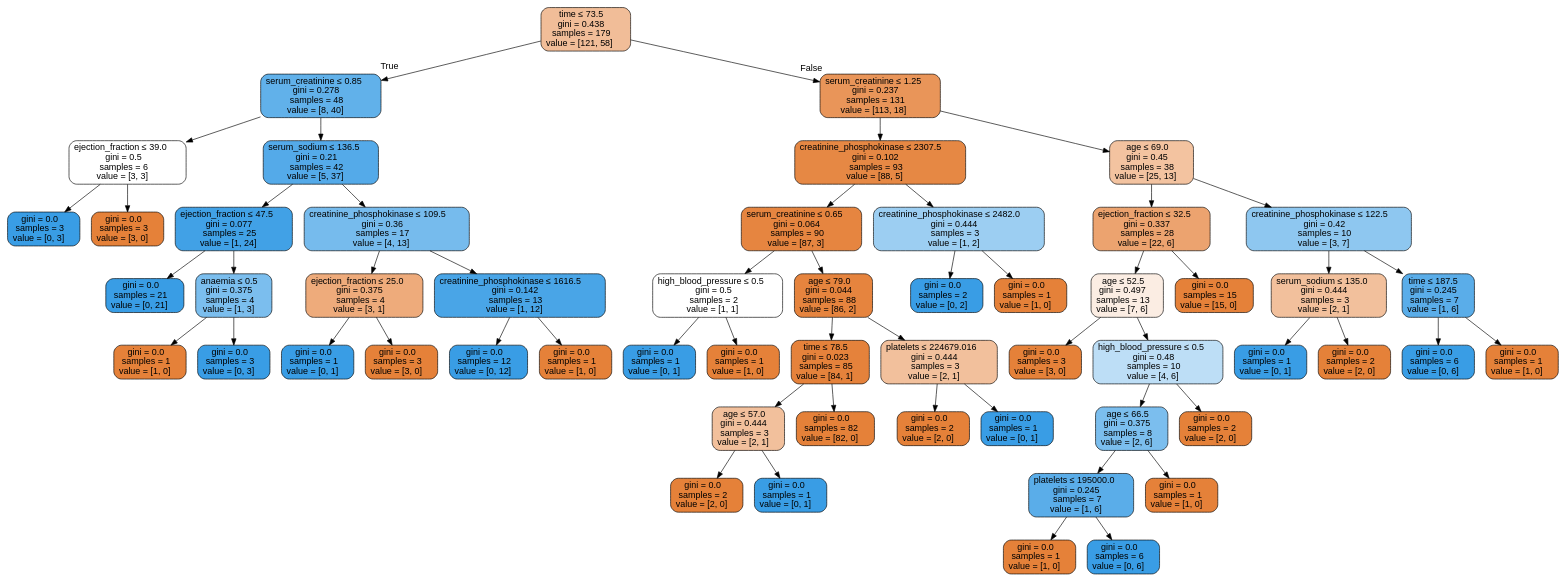
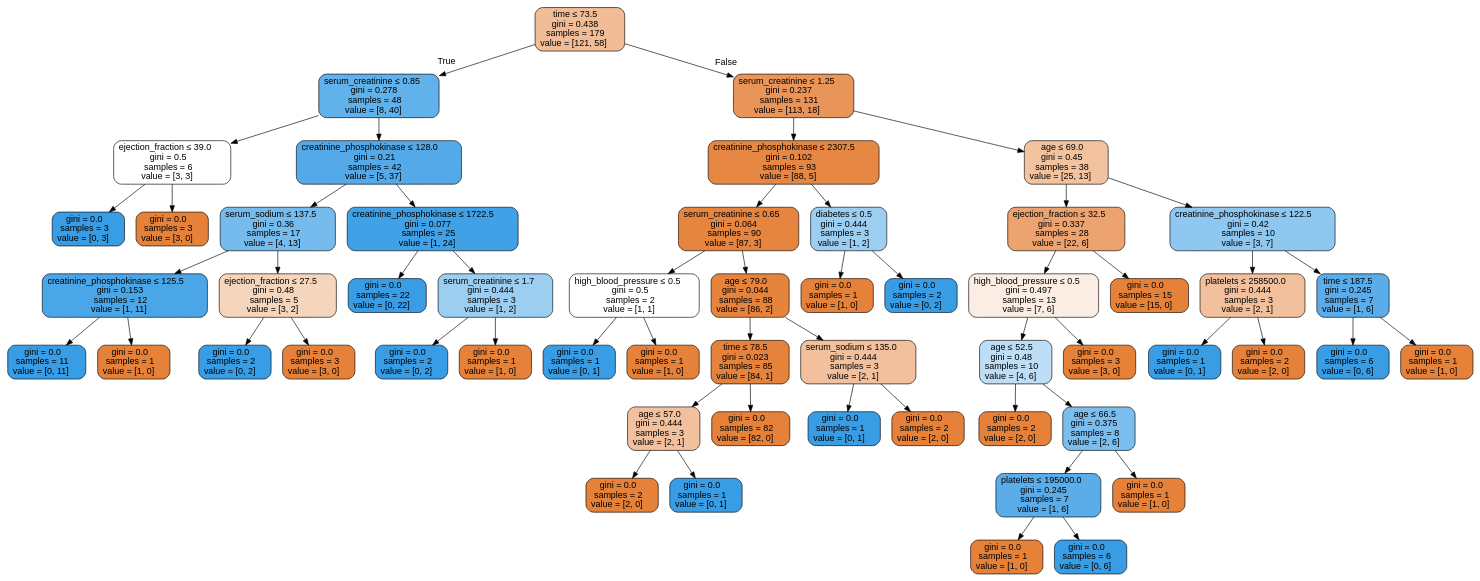
The diagram in breast_cancer.dot (SaiRamishetty-23/PDS_assignment2), drawn with Graphviz before and after one commit. The commit also changed 3 other files, not shown here.

```diff
--- a/breast_cancer.dot
+++ b/breast_cancer.dot
@@ -1,113 +1,113 @@
 digraph Tree {
 node [shape=box, style="filled, rounded", color="black", fontname=helvetica] ;
 edge [fontname=helvetica] ;
 0 [label=<time &le; 73.5<br/>gini = 0.438<br/>samples = 179<br/>value = [121, 58]>, fillcolor="#f1bd98"] ;
 1 [label=<serum_creatinine &le; 0.85<br/>gini = 0.278<br/>samples = 48<br/>value = [8, 40]>, fillcolor="#61b1ea"] ;
 0 -> 1 [labeldistance=2.5, labelangle=45, headlabel="True"] ;
 2 [label=<ejection_fraction &le; 39.0<br/>gini = 0.5<br/>samples = 6<br/>value = [3, 3]>, fillcolor="#ffffff"] ;
 1 -> 2 ;
 3 [label=<gini = 0.0<br/>samples = 3<br/>value = [0, 3]>, fillcolor="#399de5"] ;
 2 -> 3 ;
 4 [label=<gini = 0.0<br/>samples = 3<br/>value = [3, 0]>, fillcolor="#e58139"] ;
 2 -> 4 ;
-5 [label=<serum_sodium &le; 136.5<br/>gini = 0.21<br/>samples = 42<br/>value = [5, 37]>, fillcolor="#54aae9"] ;
+5 [label=<creatinine_phosphokinase &le; 128.0<br/>gini = 0.21<br/>samples = 42<br/>value = [5, 37]>, fillcolor="#54aae9"] ;
 1 -> 5 ;
-6 [label=<ejection_fraction &le; 47.5<br/>gini = 0.077<br/>samples = 25<br/>value = [1, 24]>, fillcolor="#41a1e6"] ;
+6 [label=<serum_sodium &le; 137.5<br/>gini = 0.36<br/>samples = 17<br/>value = [4, 13]>, fillcolor="#76bbed"] ;
 5 -> 6 ;
-7 [label=<gini = 0.0<br/>samples = 21<br/>value = [0, 21]>, fillcolor="#399de5"] ;
+7 [label=<creatinine_phosphokinase &le; 125.5<br/>gini = 0.153<br/>samples = 12<br/>value = [1, 11]>, fillcolor="#4ba6e7"] ;
 6 -> 7 ;
-8 [label=<anaemia &le; 0.5<br/>gini = 0.375<br/>samples = 4<br/>value = [1, 3]>, fillcolor="#7bbeee"] ;
-6 -> 8 ;
+8 [label=<gini = 0.0<br/>samples = 11<br/>value = [0, 11]>, fillcolor="#399de5"] ;
+7 -> 8 ;
 9 [label=<gini = 0.0<br/>samples = 1<br/>value = [1, 0]>, fillcolor="#e58139"] ;
-8 -> 9 ;
-10 [label=<gini = 0.0<br/>samples = 3<br/>value = [0, 3]>, fillcolor="#399de5"] ;
-8 -> 10 ;
-11 [label=<creatinine_phosphokinase &le; 109.5<br/>gini = 0.36<br/>samples = 17<br/>value = [4, 13]>, fillcolor="#76bbed"] ;
-5 -> 11 ;
-12 [label=<ejection_fraction &le; 25.0<br/>gini = 0.375<br/>samples = 4<br/>value = [3, 1]>, fillcolor="#eeab7b"] ;
-11 -> 12 ;
-13 [label=<gini = 0.0<br/>samples = 1<br/>value = [0, 1]>, fillcolor="#399de5"] ;
-12 -> 13 ;
-14 [label=<gini = 0.0<br/>samples = 3<br/>value = [3, 0]>, fillcolor="#e58139"] ;
-12 -> 14 ;
-15 [label=<creatinine_phosphokinase &le; 1616.5<br/>gini = 0.142<br/>samples = 13<br/>value = [1, 12]>, fillcolor="#49a5e7"] ;
-11 -> 15 ;
-16 [label=<gini = 0.0<br/>samples = 12<br/>value = [0, 12]>, fillcolor="#399de5"] ;
+7 -> 9 ;
+10 [label=<ejection_fraction &le; 27.5<br/>gini = 0.48<br/>samples = 5<br/>value = [3, 2]>, fillcolor="#f6d5bd"] ;
+6 -> 10 ;
+11 [label=<gini = 0.0<br/>samples = 2<br/>value = [0, 2]>, fillcolor="#399de5"] ;
+10 -> 11 ;
+12 [label=<gini = 0.0<br/>samples = 3<br/>value = [3, 0]>, fillcolor="#e58139"] ;
+10 -> 12 ;
+13 [label=<creatinine_phosphokinase &le; 1722.5<br/>gini = 0.077<br/>samples = 25<br/>value = [1, 24]>, fillcolor="#41a1e6"] ;
+5 -> 13 ;
+14 [label=<gini = 0.0<br/>samples = 22<br/>value = [0, 22]>, fillcolor="#399de5"] ;
+13 -> 14 ;
+15 [label=<serum_creatinine &le; 1.7<br/>gini = 0.444<br/>samples = 3<br/>value = [1, 2]>, fillcolor="#9ccef2"] ;
+13 -> 15 ;
+16 [label=<gini = 0.0<br/>samples = 2<br/>value = [0, 2]>, fillcolor="#399de5"] ;
 15 -> 16 ;
 17 [label=<gini = 0.0<br/>samples = 1<br/>value = [1, 0]>, fillcolor="#e58139"] ;
 15 -> 17 ;
 18 [label=<serum_creatinine &le; 1.25<br/>gini = 0.237<br/>samples = 131<br/>value = [113, 18]>, fillcolor="#e99559"] ;
 0 -> 18 [labeldistance=2.5, labelangle=-45, headlabel="False"] ;
 19 [label=<creatinine_phosphokinase &le; 2307.5<br/>gini = 0.102<br/>samples = 93<br/>value = [88, 5]>, fillcolor="#e68844"] ;
 18 -> 19 ;
 20 [label=<serum_creatinine &le; 0.65<br/>gini = 0.064<br/>samples = 90<br/>value = [87, 3]>, fillcolor="#e68540"] ;
 19 -> 20 ;
 21 [label=<high_blood_pressure &le; 0.5<br/>gini = 0.5<br/>samples = 2<br/>value = [1, 1]>, fillcolor="#ffffff"] ;
 20 -> 21 ;
 22 [label=<gini = 0.0<br/>samples = 1<br/>value = [0, 1]>, fillcolor="#399de5"] ;
 21 -> 22 ;
 23 [label=<gini = 0.0<br/>samples = 1<br/>value = [1, 0]>, fillcolor="#e58139"] ;
 21 -> 23 ;
 24 [label=<age &le; 79.0<br/>gini = 0.044<br/>samples = 88<br/>value = [86, 2]>, fillcolor="#e6843e"] ;
 20 -> 24 ;
 25 [label=<time &le; 78.5<br/>gini = 0.023<br/>samples = 85<br/>value = [84, 1]>, fillcolor="#e5823b"] ;
 24 -> 25 ;
 26 [label=<age &le; 57.0<br/>gini = 0.444<br/>samples = 3<br/>value = [2, 1]>, fillcolor="#f2c09c"] ;
 25 -> 26 ;
 27 [label=<gini = 0.0<br/>samples = 2<br/>value = [2, 0]>, fillcolor="#e58139"] ;
 26 -> 27 ;
 28 [label=<gini = 0.0<br/>samples = 1<br/>value = [0, 1]>, fillcolor="#399de5"] ;
 26 -> 28 ;
 29 [label=<gini = 0.0<br/>samples = 82<br/>value = [82, 0]>, fillcolor="#e58139"] ;
 25 -> 29 ;
-30 [label=<platelets &le; 224679.016<br/>gini = 0.444<br/>samples = 3<br/>value = [2, 1]>, fillcolor="#f2c09c"] ;
+30 [label=<serum_sodium &le; 135.0<br/>gini = 0.444<br/>samples = 3<br/>value = [2, 1]>, fillcolor="#f2c09c"] ;
 24 -> 30 ;
-31 [label=<gini = 0.0<br/>samples = 2<br/>value = [2, 0]>, fillcolor="#e58139"] ;
+31 [label=<gini = 0.0<br/>samples = 1<br/>value = [0, 1]>, fillcolor="#399de5"] ;
 30 -> 31 ;
-32 [label=<gini = 0.0<br/>samples = 1<br/>value = [0, 1]>, fillcolor="#399de5"] ;
+32 [label=<gini = 0.0<br/>samples = 2<br/>value = [2, 0]>, fillcolor="#e58139"] ;
 30 -> 32 ;
-33 [label=<creatinine_phosphokinase &le; 2482.0<br/>gini = 0.444<br/>samples = 3<br/>value = [1, 2]>, fillcolor="#9ccef2"] ;
+33 [label=<diabetes &le; 0.5<br/>gini = 0.444<br/>samples = 3<br/>value = [1, 2]>, fillcolor="#9ccef2"] ;
 19 -> 33 ;
-34 [label=<gini = 0.0<br/>samples = 2<br/>value = [0, 2]>, fillcolor="#399de5"] ;
+34 [label=<gini = 0.0<br/>samples = 1<br/>value = [1, 0]>, fillcolor="#e58139"] ;
 33 -> 34 ;
-35 [label=<gini = 0.0<br/>samples = 1<br/>value = [1, 0]>, fillcolor="#e58139"] ;
+35 [label=<gini = 0.0<br/>samples = 2<br/>value = [0, 2]>, fillcolor="#399de5"] ;
 33 -> 35 ;
 36 [label=<age &le; 69.0<br/>gini = 0.45<br/>samples = 38<br/>value = [25, 13]>, fillcolor="#f3c3a0"] ;
 18 -> 36 ;
 37 [label=<ejection_fraction &le; 32.5<br/>gini = 0.337<br/>samples = 28<br/>value = [22, 6]>, fillcolor="#eca36f"] ;
 36 -> 37 ;
-38 [label=<age &le; 52.5<br/>gini = 0.497<br/>samples = 13<br/>value = [7, 6]>, fillcolor="#fbede3"] ;
+38 [label=<high_blood_pressure &le; 0.5<br/>gini = 0.497<br/>samples = 13<br/>value = [7, 6]>, fillcolor="#fbede3"] ;
 37 -> 38 ;
-39 [label=<gini = 0.0<br/>samples = 3<br/>value = [3, 0]>, fillcolor="#e58139"] ;
+39 [label=<age &le; 52.5<br/>gini = 0.48<br/>samples = 10<br/>value = [4, 6]>, fillcolor="#bddef6"] ;
 38 -> 39 ;
-40 [label=<high_blood_pressure &le; 0.5<br/>gini = 0.48<br/>samples = 10<br/>value = [4, 6]>, fillcolor="#bddef6"] ;
-38 -> 40 ;
+40 [label=<gini = 0.0<br/>samples = 2<br/>value = [2, 0]>, fillcolor="#e58139"] ;
+39 -> 40 ;
 41 [label=<age &le; 66.5<br/>gini = 0.375<br/>samples = 8<br/>value = [2, 6]>, fillcolor="#7bbeee"] ;
-40 -> 41 ;
+39 -> 41 ;
 42 [label=<platelets &le; 195000.0<br/>gini = 0.245<br/>samples = 7<br/>value = [1, 6]>, fillcolor="#5aade9"] ;
 41 -> 42 ;
 43 [label=<gini = 0.0<br/>samples = 1<br/>value = [1, 0]>, fillcolor="#e58139"] ;
 42 -> 43 ;
 44 [label=<gini = 0.0<br/>samples = 6<br/>value = [0, 6]>, fillcolor="#399de5"] ;
 42 -> 44 ;
 45 [label=<gini = 0.0<br/>samples = 1<br/>value = [1, 0]>, fillcolor="#e58139"] ;
 41 -> 45 ;
-46 [label=<gini = 0.0<br/>samples = 2<br/>value = [2, 0]>, fillcolor="#e58139"] ;
-40 -> 46 ;
+46 [label=<gini = 0.0<br/>samples = 3<br/>value = [3, 0]>, fillcolor="#e58139"] ;
+38 -> 46 ;
 47 [label=<gini = 0.0<br/>samples = 15<br/>value = [15, 0]>, fillcolor="#e58139"] ;
 37 -> 47 ;
 48 [label=<creatinine_phosphokinase &le; 122.5<br/>gini = 0.42<br/>samples = 10<br/>value = [3, 7]>, fillcolor="#8ec7f0"] ;
 36 -> 48 ;
-49 [label=<serum_sodium &le; 135.0<br/>gini = 0.444<br/>samples = 3<br/>value = [2, 1]>, fillcolor="#f2c09c"] ;
+49 [label=<platelets &le; 258500.0<br/>gini = 0.444<br/>samples = 3<br/>value = [2, 1]>, fillcolor="#f2c09c"] ;
 48 -> 49 ;
 50 [label=<gini = 0.0<br/>samples = 1<br/>value = [0, 1]>, fillcolor="#399de5"] ;
 49 -> 50 ;
 51 [label=<gini = 0.0<br/>samples = 2<br/>value = [2, 0]>, fillcolor="#e58139"] ;
 49 -> 51 ;
 52 [label=<time &le; 187.5<br/>gini = 0.245<br/>samples = 7<br/>value = [1, 6]>, fillcolor="#5aade9"] ;
 48 -> 52 ;
 53 [label=<gini = 0.0<br/>samples = 6<br/>value = [0, 6]>, fillcolor="#399de5"] ;
 52 -> 53 ;
 54 [label=<gini = 0.0<br/>samples = 1<br/>value = [1, 0]>, fillcolor="#e58139"] ;
 52 -> 54 ;
 }
```
